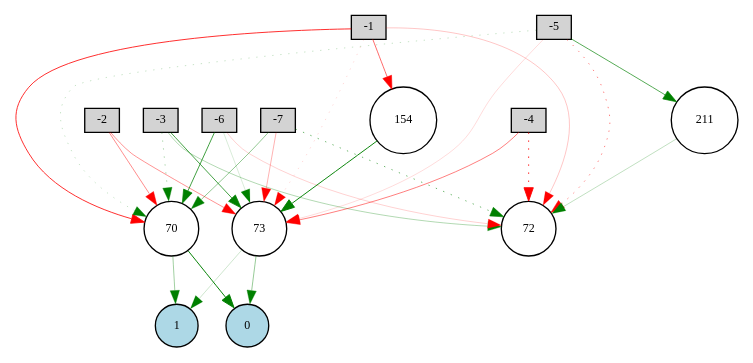
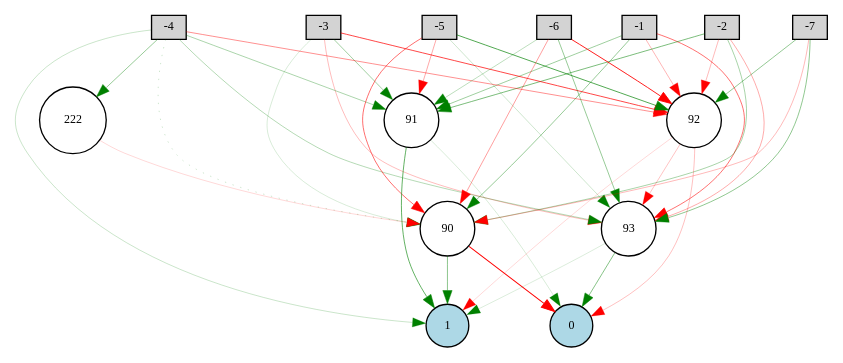
One commit to RyanEAA/NEATGoogleDino changed the diagram in Digraph.gv. Above: the diagram before and after it, drawn with Graphviz. The commit also changed 3 other files, not shown here.

```diff
--- a/Digraph.gv
+++ b/Digraph.gv
@@ -1,44 +1,56 @@
 digraph {
 	node [fontsize=9 height=0.2 shape=circle width=0.2]
 	-1 [fillcolor=lightgray shape=box style=filled]
 	-2 [fillcolor=lightgray shape=box style=filled]
 	-3 [fillcolor=lightgray shape=box style=filled]
 	-4 [fillcolor=lightgray shape=box style=filled]
 	-5 [fillcolor=lightgray shape=box style=filled]
 	-6 [fillcolor=lightgray shape=box style=filled]
 	-7 [fillcolor=lightgray shape=box style=filled]
 	0 [fillcolor=lightblue style=filled]
 	1 [fillcolor=lightblue style=filled]
-	70 [fillcolor=white style=filled]
-	72 [fillcolor=white style=filled]
-	73 [fillcolor=white style=filled]
-	211 [fillcolor=white style=filled]
-	154 [fillcolor=white style=filled]
-	-1 -> 70 [color=red penwidth=0.6096170608968766 style=solid]
-	-1 -> 72 [color=red penwidth=0.17460924541736922 style=solid]
-	-1 -> 73 [color=red penwidth=0.11914170861143394 style=dotted]
-	-2 -> 70 [color=red penwidth=0.34450012702394994 style=solid]
-	-2 -> 73 [color=red penwidth=0.3156676339474195 style=solid]
-	-3 -> 70 [color=green penwidth=0.26125773471431224 style=dotted]
-	-3 -> 72 [color=green penwidth=0.233268901301294 style=solid]
-	-3 -> 73 [color=green penwidth=0.5510098677165567 style=solid]
-	-4 -> 72 [color=red penwidth=0.6786912485292688 style=dotted]
-	-4 -> 73 [color=red penwidth=0.3840021567456213 style=solid]
-	-5 -> 70 [color=green penwidth=0.17261793315111484 style=dotted]
-	-5 -> 72 [color=red penwidth=0.37869222348719267 style=dotted]
-	-5 -> 73 [color=red penwidth=0.10764225843778422 style=solid]
-	-6 -> 70 [color=green penwidth=0.561031561739607 style=solid]
-	-6 -> 72 [color=red penwidth=0.14457750275477732 style=solid]
-	-6 -> 73 [color=green penwidth=0.12254367863129281 style=solid]
-	-7 -> 70 [color=green penwidth=0.32429489954463714 style=solid]
-	-7 -> 72 [color=green penwidth=0.4397833957279381 style=dotted]
-	-7 -> 73 [color=red penwidth=0.2344544727226134 style=solid]
-	70 -> 0 [color=green penwidth=0.730009639081378 style=solid]
-	70 -> 1 [color=green penwidth=0.2755226332433368 style=solid]
-	73 -> 0 [color=green penwidth=0.3144895581371099 style=solid]
-	73 -> 1 [color=green penwidth=0.14800082870228817 style=solid]
-	-1 -> 154 [color=red penwidth=0.4391354038905335 style=solid]
-	154 -> 73 [color=green penwidth=0.7119328965553111 style=solid]
-	-5 -> 211 [color=green penwidth=0.5001068068109933 style=solid]
-	211 -> 72 [color=green penwidth=0.18661170997741194 style=solid]
+	90 [fillcolor=white style=filled]
+	91 [fillcolor=white style=filled]
+	92 [fillcolor=white style=filled]
+	93 [fillcolor=white style=filled]
+	222 [fillcolor=white style=filled]
+	-1 -> 90 [color=green penwidth=0.30840001314704 style=solid]
+	-1 -> 91 [color=green penwidth=0.29297309684301165 style=solid]
+	-1 -> 92 [color=red penwidth=0.22118017168602377 style=solid]
+	-1 -> 93 [color=red penwidth=0.4228855932245752 style=solid]
+	-2 -> 90 [color=green penwidth=0.2570625072330278 style=solid]
+	-2 -> 91 [color=green penwidth=0.38891850080343315 style=solid]
+	-2 -> 92 [color=red penwidth=0.21165819877631045 style=solid]
+	-2 -> 93 [color=red penwidth=0.24978417557957147 style=solid]
+	-3 -> 90 [color=green penwidth=0.11998018785058888 style=solid]
+	-3 -> 91 [color=green penwidth=0.2834680833545649 style=solid]
+	-3 -> 92 [color=red penwidth=0.5367710504540714 style=solid]
+	-3 -> 93 [color=red penwidth=0.20053256811870596 style=solid]
+	-4 -> 90 [color=green penwidth=0.14835319118832035 style=dotted]
+	-4 -> 91 [color=green penwidth=0.2488118915458508 style=solid]
+	-4 -> 92 [color=red penwidth=0.3307680953905113 style=solid]
+	-4 -> 93 [color=green penwidth=0.21856866625142174 style=solid]
+	-5 -> 90 [color=red penwidth=0.42739442611072687 style=solid]
+	-5 -> 91 [color=red penwidth=0.25783962804631405 style=solid]
+	-5 -> 92 [color=green penwidth=0.5075227975713164 style=solid]
+	-5 -> 93 [color=green penwidth=0.14558872685171947 style=solid]
+	-6 -> 90 [color=red penwidth=0.2930924232663489 style=solid]
+	-6 -> 91 [color=green penwidth=0.2015174350623678 style=solid]
+	-6 -> 92 [color=red penwidth=0.6591642932528946 style=solid]
+	-6 -> 93 [color=green penwidth=0.3053750098021342 style=solid]
+	-7 -> 90 [color=red penwidth=0.21479049903846115 style=solid]
+	-7 -> 92 [color=green penwidth=0.3232325781080191 style=solid]
+	-7 -> 93 [color=green penwidth=0.33163917023505146 style=solid]
+	90 -> 0 [color=red penwidth=0.7692904185278653 style=solid]
+	90 -> 1 [color=green penwidth=0.33834265580920286 style=solid]
+	91 -> 0 [color=green penwidth=0.12222816148872036 style=solid]
+	91 -> 1 [color=green penwidth=0.4576612248628711 style=solid]
+	92 -> 0 [color=red penwidth=0.18815523025768405 style=solid]
+	92 -> 1 [color=red penwidth=0.12411480113142548 style=solid]
+	93 -> 0 [color=green penwidth=0.3555237295881647 style=solid]
+	93 -> 1 [color=green penwidth=0.11498370660546511 style=solid]
+	-4 -> 1 [color=green penwidth=0.15989993037267947 style=solid]
+	-4 -> 222 [color=green penwidth=0.3100453149117691 style=solid]
+	222 -> 90 [color=red penwidth=0.12177981035979721 style=solid]
+	92 -> 93 [color=red penwidth=0.18428329515710207 style=solid]
 }
```
